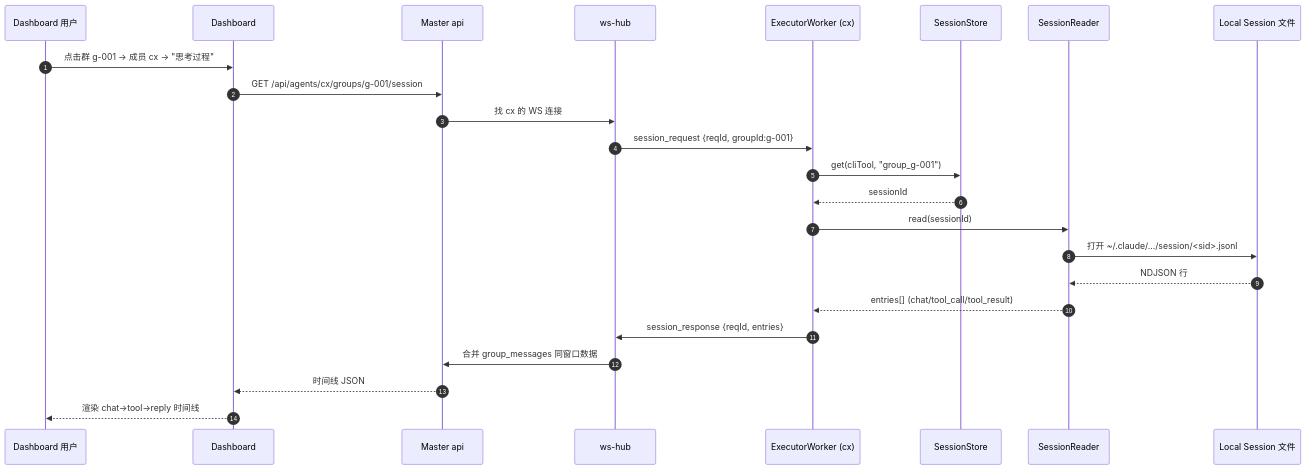
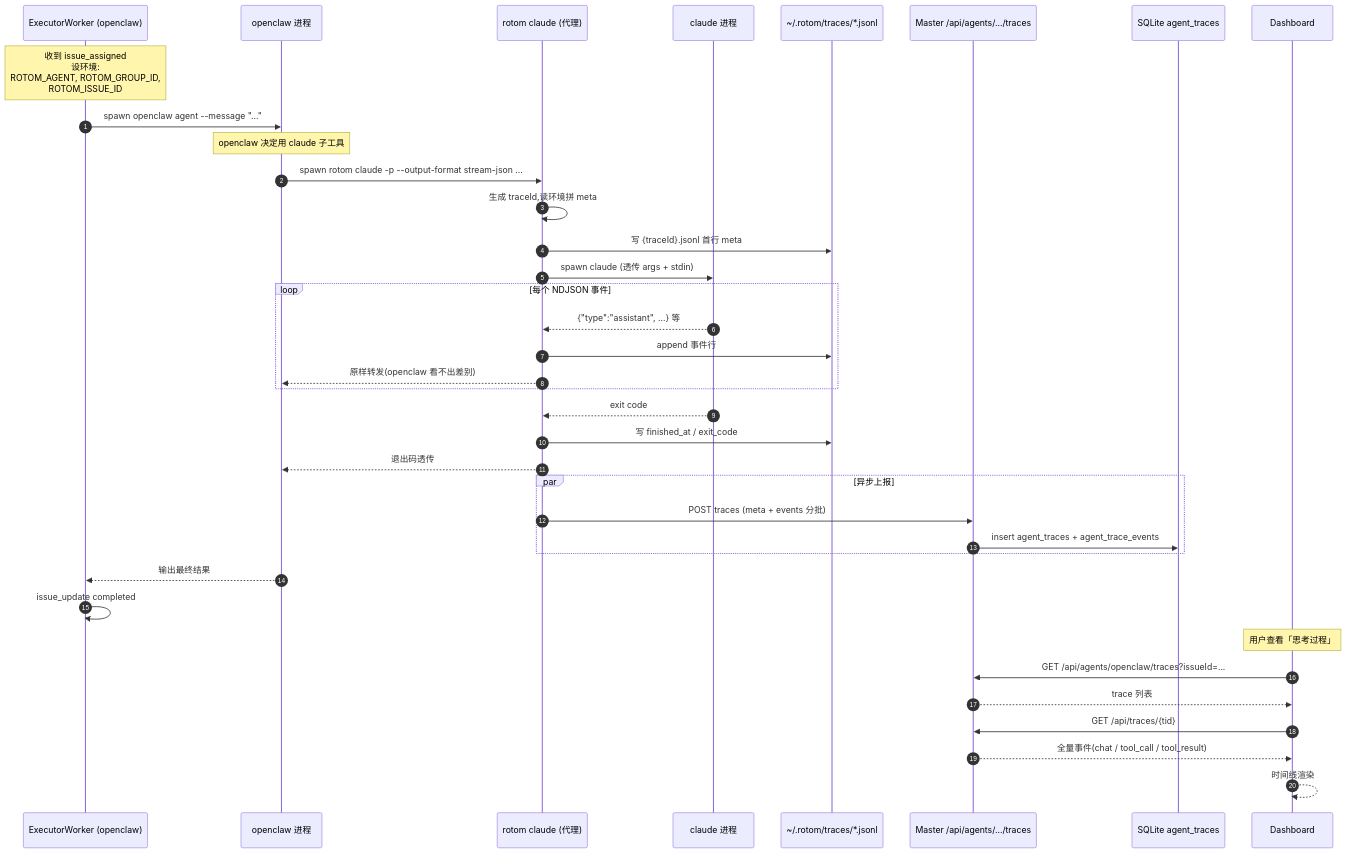
Before and after one commit to konglx90/rotom: the second of 2 diagrams in docs/AGENT_WHITEBOX.md, drawn with Mermaid. The commit also changed other lines of this file and 1 other file, not shown here.

Commit message:
docs: 更新 Agent 白盒化架构文档并新增提示词文档

````diff
--- a/docs/AGENT_WHITEBOX.md
+++ b/docs/AGENT_WHITEBOX.md
@@ -147,27 +194,45 @@
 ```mermaid
 sequenceDiagram
   autonumber
-  participant U as Dashboard 用户
+  participant W as ExecutorWorker (openclaw)
+  participant OC as openclaw 进程
+  participant R as rotom claude (代理)
+  participant CL as claude 进程
+  participant FS as ~/.rotom/traces/*.jsonl
+  participant M as Master /api/agents/.../traces
+  participant DB as SQLite agent_traces
   participant D as Dashboard
-  participant M as Master api
-  participant H as ws-hub
-  participant E as ExecutorWorker (cx)
-  participant SS as SessionStore
-  participant SR as SessionReader
-  participant FS as Local Session 文件
 
-  U->>D: 点击群 g-001 → 成员 cx → "思考过程"
-  D->>M: GET /api/agents/cx/groups/g-001/session
-  M->>H: 找 cx 的 WS 连接
-  H->>E: session_request {reqId, groupId:g-001}
-  E->>SS: get(cliTool, "group_g-001")
-  SS-->>E: sessionId
-  E->>SR: read(sessionId)
-  SR->>FS: 打开 ~/.claude/.../session/<sid>.jsonl
-  FS-->>SR: NDJSON 行
-  SR-->>E: entries[] (chat/tool_call/tool_result)
-  E->>H: session_response {reqId, entries}
-  H->>M: 合并 group_messages 同窗口数据
-  M-->>D: 时间线 JSON
-  D-->>U: 渲染 chat→tool→reply 时间线
+  Note over W: 收到 issue_assigned<br/>设环境:<br/>ROTOM_AGENT, ROTOM_GROUP_ID,<br/>ROTOM_ISSUE_ID
+  W->>OC: spawn openclaw agent --message "..."
+  Note over OC: openclaw 决定用 claude 子工具
+  OC->>R: spawn rotom claude -p --output-format stream-json ...
+  R->>R: 生成 traceId,读环境拼 meta
+  R->>FS: 写 {traceId}.jsonl 首行 meta
+  R->>CL: spawn claude (透传 args + stdin)
+
+  loop 每个 NDJSON 事件
+    CL-->>R: {"type":"assistant", ...} 等
+    R->>FS: append 事件行
+    R-->>OC: 原样转发(openclaw 看不出差别)
+  end
+
+  CL-->>R: exit code
+  R->>FS: 写 finished_at / exit_code
+  R-->>OC: 退出码透传
+
+  par 异步上报
+    R->>M: POST traces (meta + events 分批)
+    M->>DB: insert agent_traces + agent_trace_events
+  end
+
+  OC-->>W: 输出最终结果
+  W->>W: issue_update completed
+
+  Note over D: 用户查看「思考过程」
+  D->>M: GET /api/agents/openclaw/traces?issueId=...
+  M-->>D: trace 列表
+  D->>M: GET /api/traces/{tid}
+  M-->>D: 全量事件(chat / tool_call / tool_result)
+  D-->>D: 时间线渲染
 ```
````
